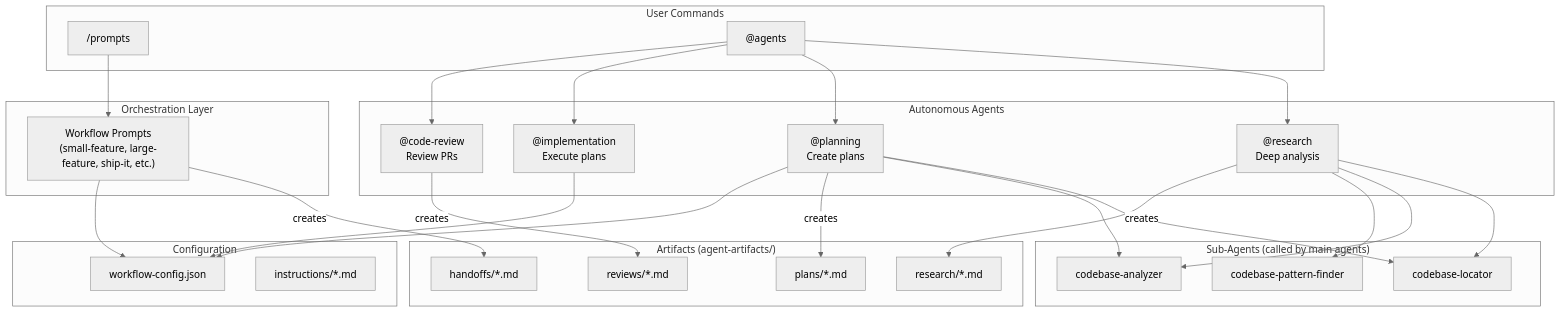
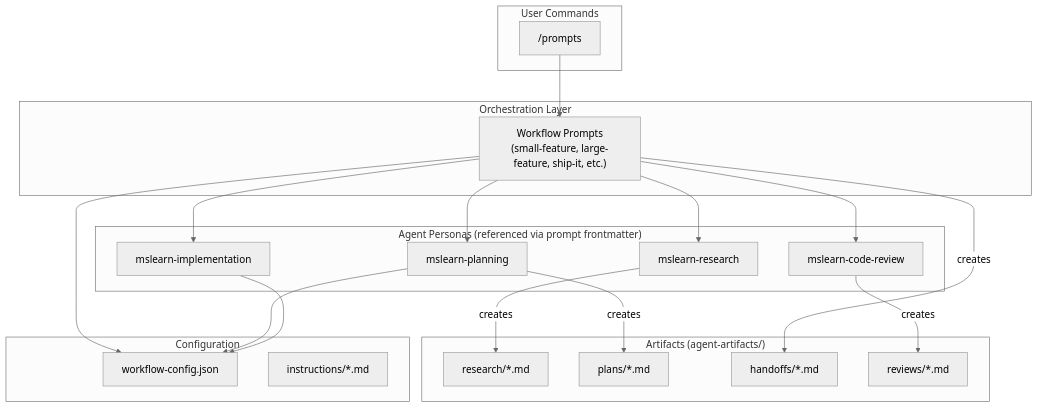
One commit to jwmunn/copilot-config changed the first of 4 diagrams in README.md. Above: the diagram before and after it, drawn with Mermaid (neutral theme). The commit also changed other lines of this file and 3 other files, not shown here.

First line of the commit message:
docs(workflows): align architecture docs with current persona model

````diff
--- a/README.md
+++ b/README.md
@@ -108,42 +108,33 @@
 ```mermaid
 graph TB
     subgraph "User Commands"
         P["/prompts"]
-        A["@agents"]
     end
     
     subgraph "Orchestration Layer"
         P --> WF["Workflow Prompts<br/>(small-feature, large-feature, ship-it, etc.)"]
     end
     
-    subgraph "Autonomous Agents"
-        A --> RA["@research<br/>Deep analysis"]
-        A --> PA["@planning<br/>Create plans"]
-        A --> IA["@implementation<br/>Execute plans"]
-        A --> CR["@code-review<br/>Review PRs"]
-    end
-    
-    subgraph "Sub-Agents (called by main agents)"
-        RA --> CL["codebase-locator"]
-        RA --> CA["codebase-analyzer"]
-        RA --> CP["codebase-pattern-finder"]
-        PA --> CL
-        PA --> CA
+    subgraph "Agent Personas (referenced via prompt frontmatter)"
+        WF --> RA["mslearn-research"]
+        WF --> PA["mslearn-planning"]
+        WF --> IA["mslearn-implementation"]
+        WF --> CR["mslearn-code-review"]
     end
     
     subgraph "Artifacts (agent-artifacts/)"
         RA --> |creates| RES["research/*.md"]
         PA --> |creates| PLN["plans/*.md"]
         WF --> |creates| HND["handoffs/*.md"]
         CR --> |creates| REV["reviews/*.md"]
     end
     
     subgraph "Configuration"
         CFG["workflow-config.json"]
         INS["instructions/*.md"]
     end
     
     WF --> CFG
     PA --> CFG
     IA --> CFG
 ```
````
